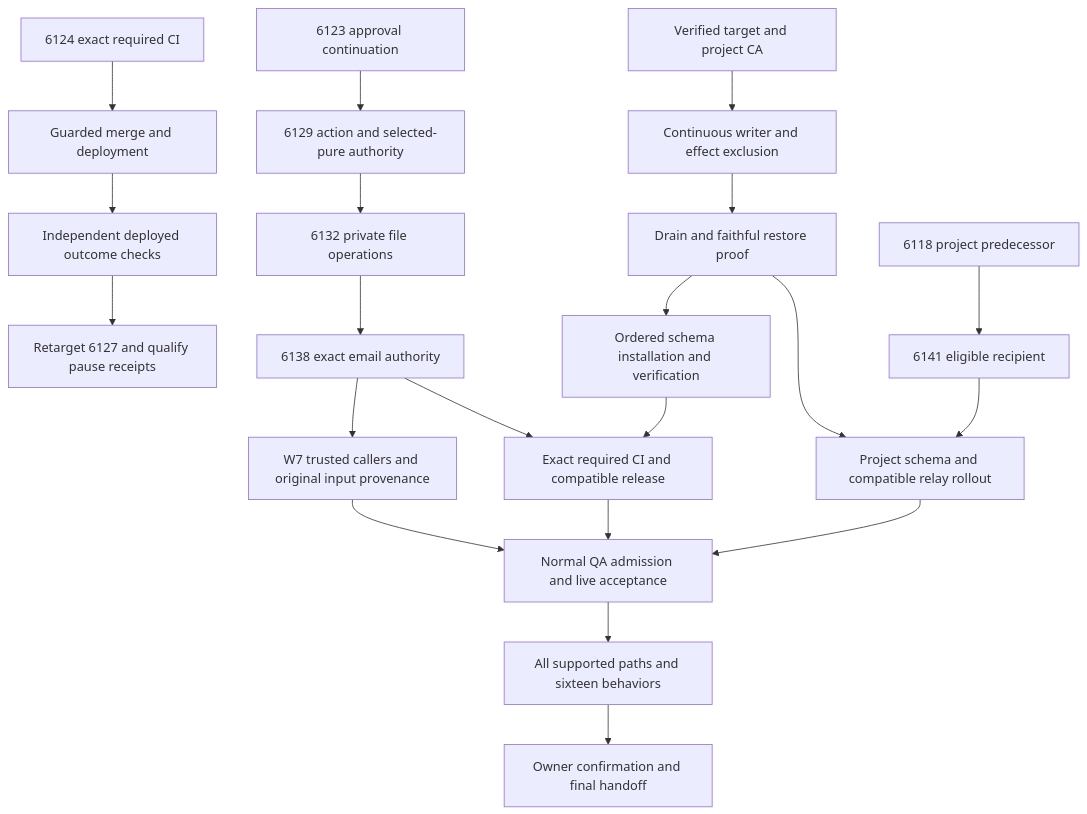
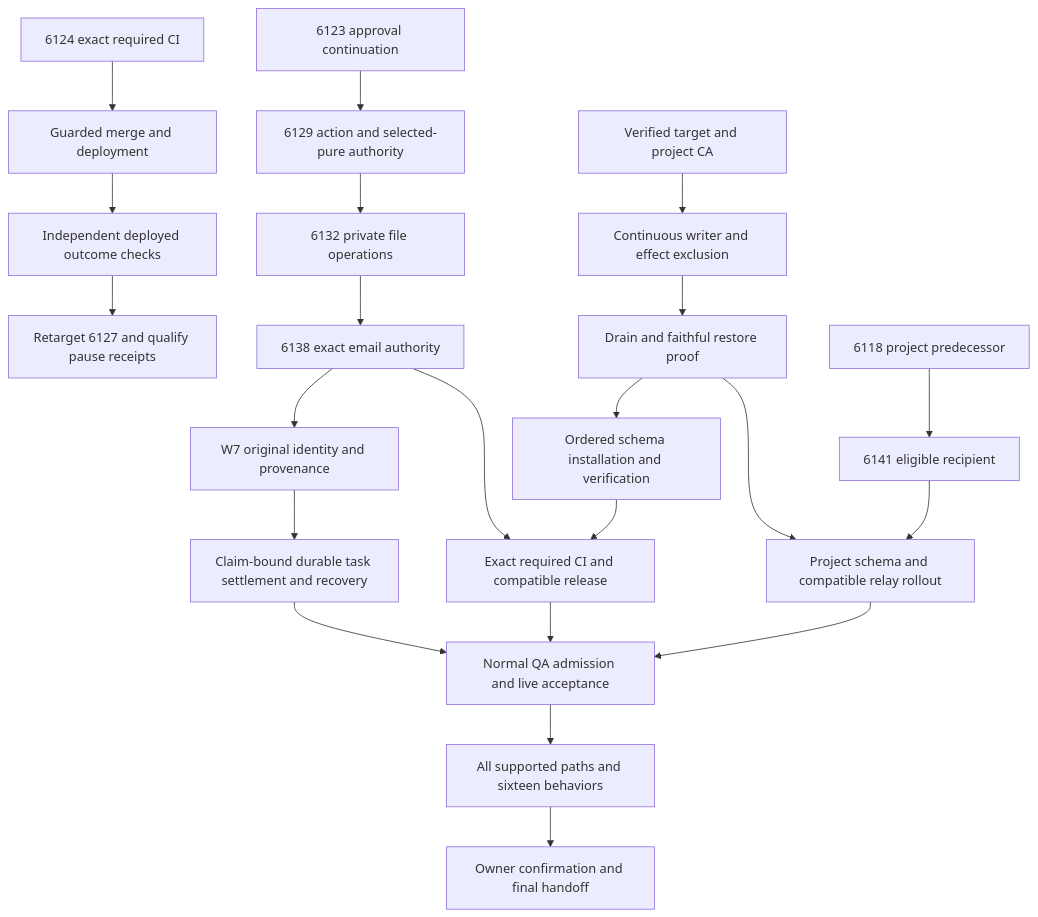
One commit to jtobkin/supraos-workflow-plan changed the diagram in SupraOS-Workflow-Plan-Checklist.md. Above: the diagram before and after it, drawn with Mermaid. The commit also changed other lines of this file and 1 other file, not shown here.

````diff
--- a/SupraOS-Workflow-Plan-Checklist.md
+++ b/SupraOS-Workflow-Plan-Checklist.md
@@ -42,23 +43,24 @@
 ```mermaid
 flowchart TD
   A[6124 exact required CI] --> B[Guarded merge and deployment]
   B --> C[Independent deployed outcome checks]
   C --> D[Retarget 6127 and qualify pause receipts]
   E[6123 approval continuation] --> F[6129 action and selected-pure authority]
   F --> G[6132 private file operations]
   G --> H[6138 exact email authority]
-  H --> I[W7 trusted callers and original input provenance]
+  H --> I[W7 original identity and provenance]
+  I --> I2[Claim-bound durable task settlement and recovery]
   J[Verified target and project CA] --> K[Continuous writer and effect exclusion]
   K --> L[Drain and faithful restore proof]
   L --> M[Ordered schema installation and verification]
   H --> N[Exact required CI and compatible release]
   M --> N
   O[6118 project predecessor] --> P[6141 eligible recipient]
   P --> Q[Project schema and compatible relay rollout]
   L --> Q
   N --> R[Normal QA admission and live acceptance]
   Q --> R
-  I --> R
+  I2 --> R
   R --> S[All supported paths and sixteen behaviors]
   S --> T[Owner confirmation and final handoff]
 ```
````
